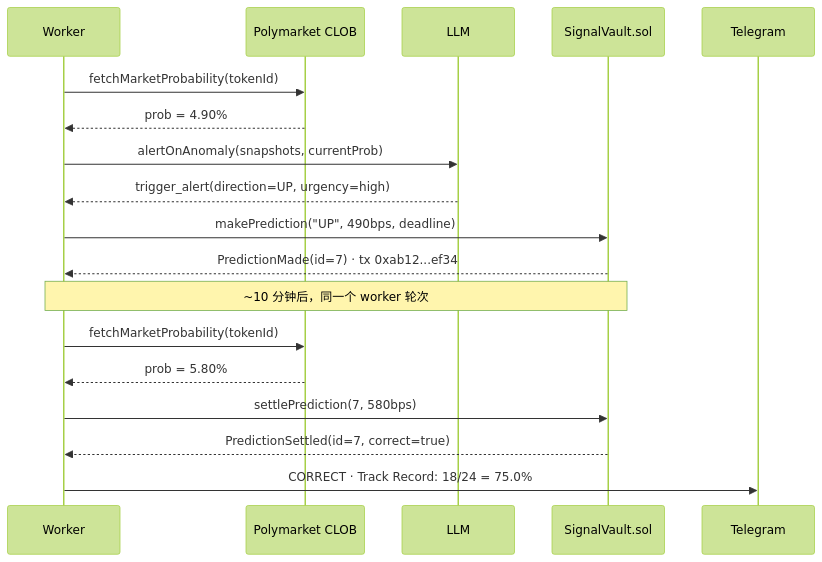
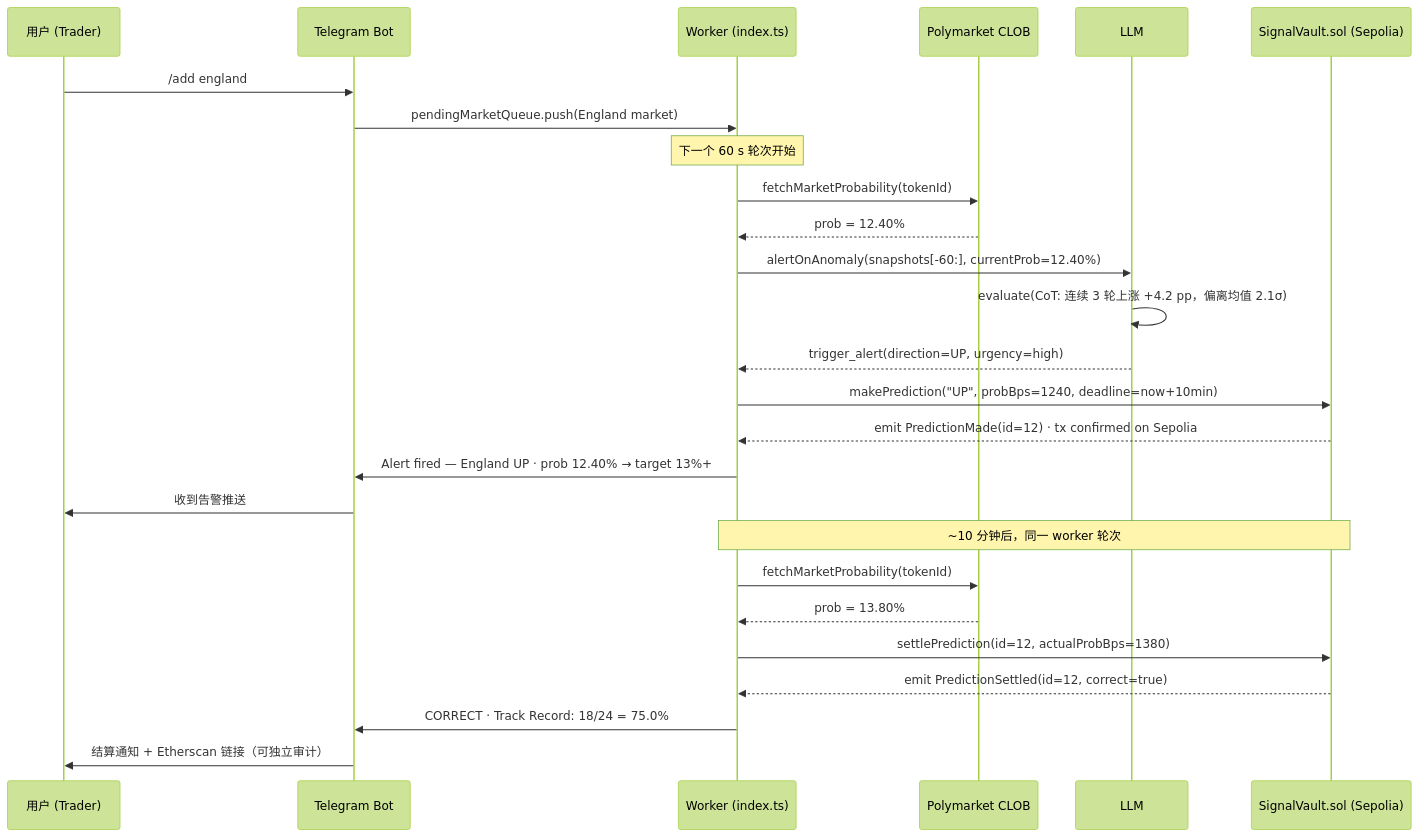
One commit to ljwbpng09/hackcamp-w2-signal-vault changed the second of 2 diagrams in README.md. Above: the diagram before and after it, drawn with Mermaid (forest theme). The commit also changed other lines of this file, not shown here.

Commit message:
docs: upgrade Mermaid diagrams — flowchart with subgraph + full sequenceDiagram

````diff
--- a/README.md
+++ b/README.md
@@ -64,21 +81,37 @@
 ```mermaid
 sequenceDiagram
-    participant W as Worker
+    participant Trader as 用户 (Trader)
+    participant Bot as Telegram Bot
+    participant W as Worker (index.ts)
     participant P as Polymarket CLOB
     participant L as LLM
-    participant C as SignalVault.sol
-    participant T as Telegram
+    participant C as SignalVault.sol (Sepolia)
+
+    Trader->>Bot: /add england
+    Bot->>W: pendingMarketQueue.push(England market)
+    Note over W: 下一个 60 s 轮次开始
 
     W->>P: fetchMarketProbability(tokenId)
-    P-->>W: prob = 4.90%
-    W->>L: alertOnAnomaly(snapshots, currentProb)
+    P-->>W: prob = 12.40%
+
+    W->>L: alertOnAnomaly(snapshots[-60:], currentProb=12.40%)
+    L->>L: evaluate(CoT: 连续 3 轮上涨 +4.2 pp，偏离均值 2.1σ)
     L-->>W: trigger_alert(direction=UP, urgency=high)
-    W->>C: makePrediction("UP", 490bps, deadline)
-    C-->>W: PredictionMade(id=7) · tx 0xab12...ef34
-    Note over W,C: ~10 分钟后，同一个 worker 轮次
+
+    W->>C: makePrediction("UP", probBps=1240, deadline=now+10min)
+    C-->>W: emit PredictionMade(id=12) · tx confirmed on Sepolia
+
+    W->>Bot: Alert fired — England UP · prob 12.40% → target 13%+
+    Bot->>Trader: 收到告警推送
+
+    Note over W,C: ~10 分钟后，同一 worker 轮次
+
     W->>P: fetchMarketProbability(tokenId)
-    P-->>W: prob = 5.80%
-    W->>C: settlePrediction(7, 580bps)
-    C-->>W: PredictionSettled(id=7, correct=true)
-    W->>T: CORRECT · Track Record: 18/24 = 75.0%
+    P-->>W: prob = 13.80%
+
+    W->>C: settlePrediction(id=12, actualProbBps=1380)
+    C-->>W: emit PredictionSettled(id=12, correct=true)
+
+    W->>Bot: CORRECT · Track Record: 18/24 = 75.0%
+    Bot->>Trader: 结算通知 + Etherscan 链接（可独立审计）
 ```
````
